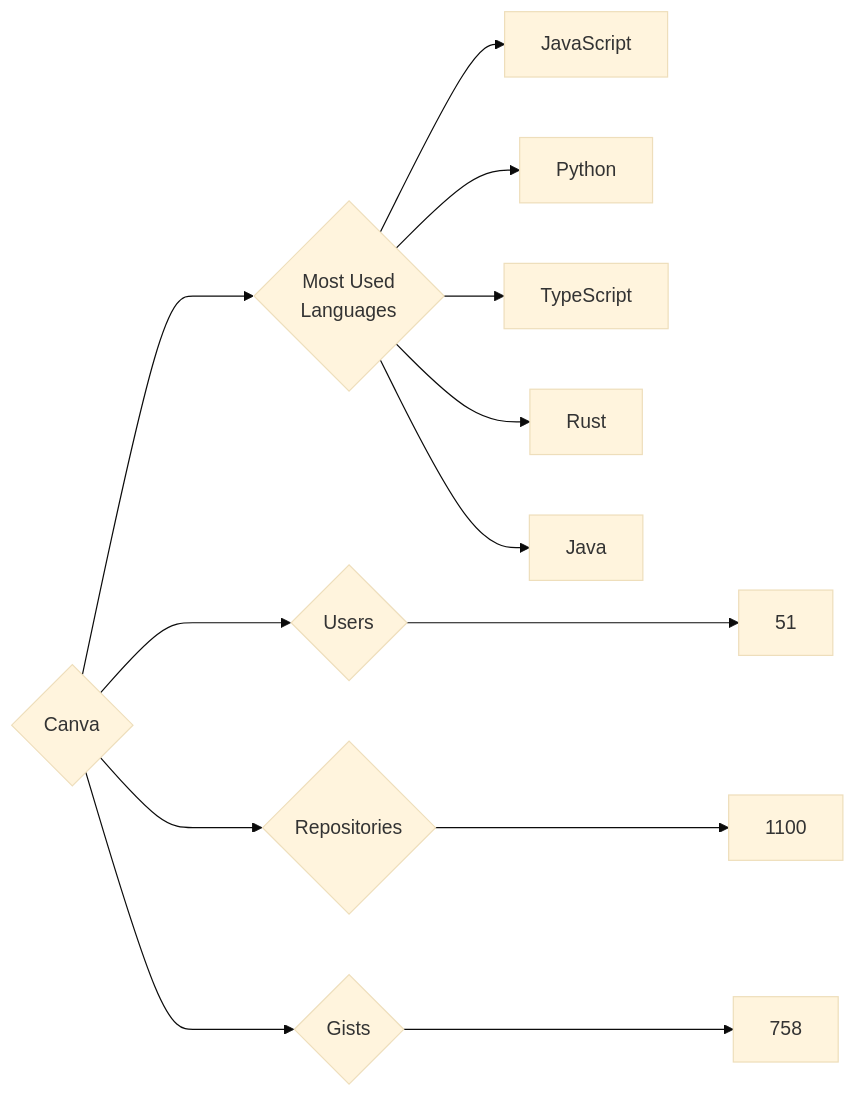
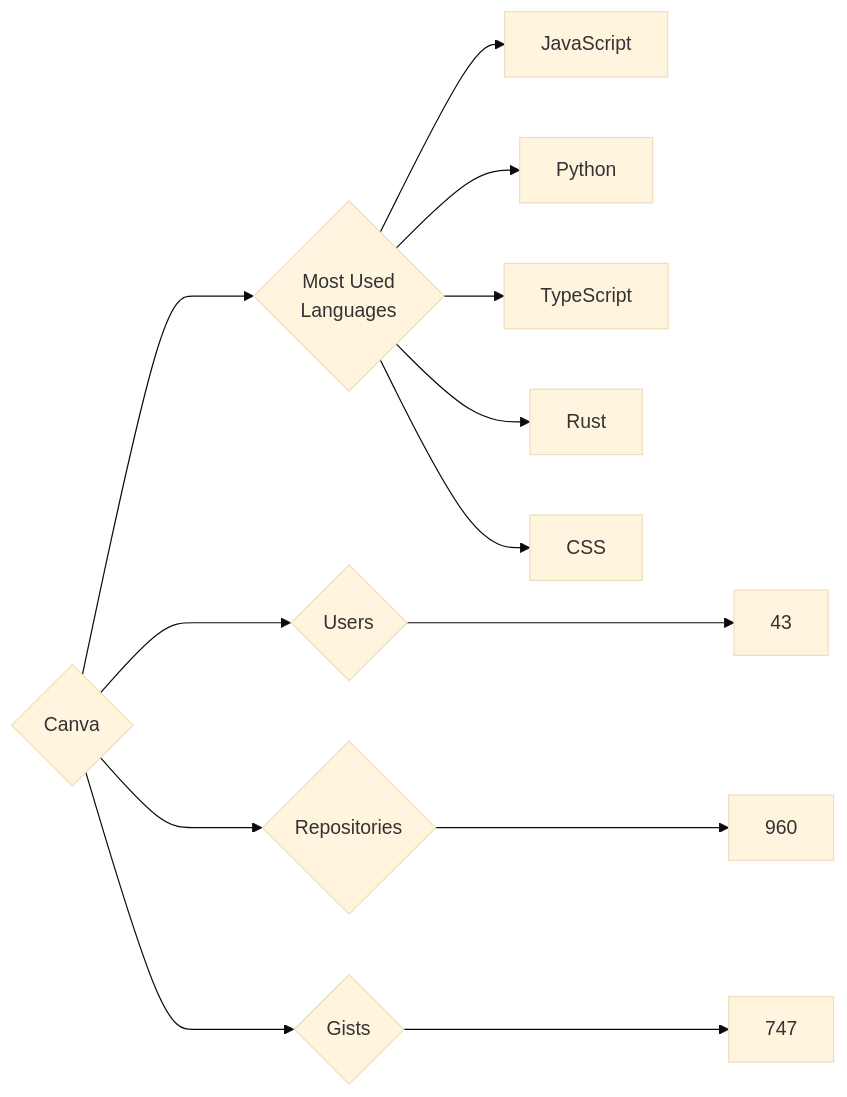
The diagram in targets/Canva/README.md (trickest/insiders), drawn with Mermaid (base theme) before and after one commit. The commit also changed 757 other files, not shown here.

````diff
--- a/targets/Canva/README.md
+++ b/targets/Canva/README.md
@@ -3,13 +3,13 @@
 ```mermaid
 graph LR
 COMPANY_NAME{Canva}
-COMPANY_NAME ---> U{Users} ---> UN[51]
-COMPANY_NAME ---> R{Repositories} ---> RN[1100]
-COMPANY_NAME ---> G{Gists} ---> GN[758]
+COMPANY_NAME ---> U{Users} ---> UN[43]
+COMPANY_NAME ---> R{Repositories} ---> RN[960]
+COMPANY_NAME ---> G{Gists} ---> GN[747]
 COMPANY_NAME ---> ML{Most Used<br>Languages}
 ML --> JavaScript[JavaScript]
 ML --> Python[Python]
 ML --> TypeScript[TypeScript]
 ML --> Rust[Rust]
-ML --> Java[Java]
+ML --> CSS[CSS]
 ```
````
